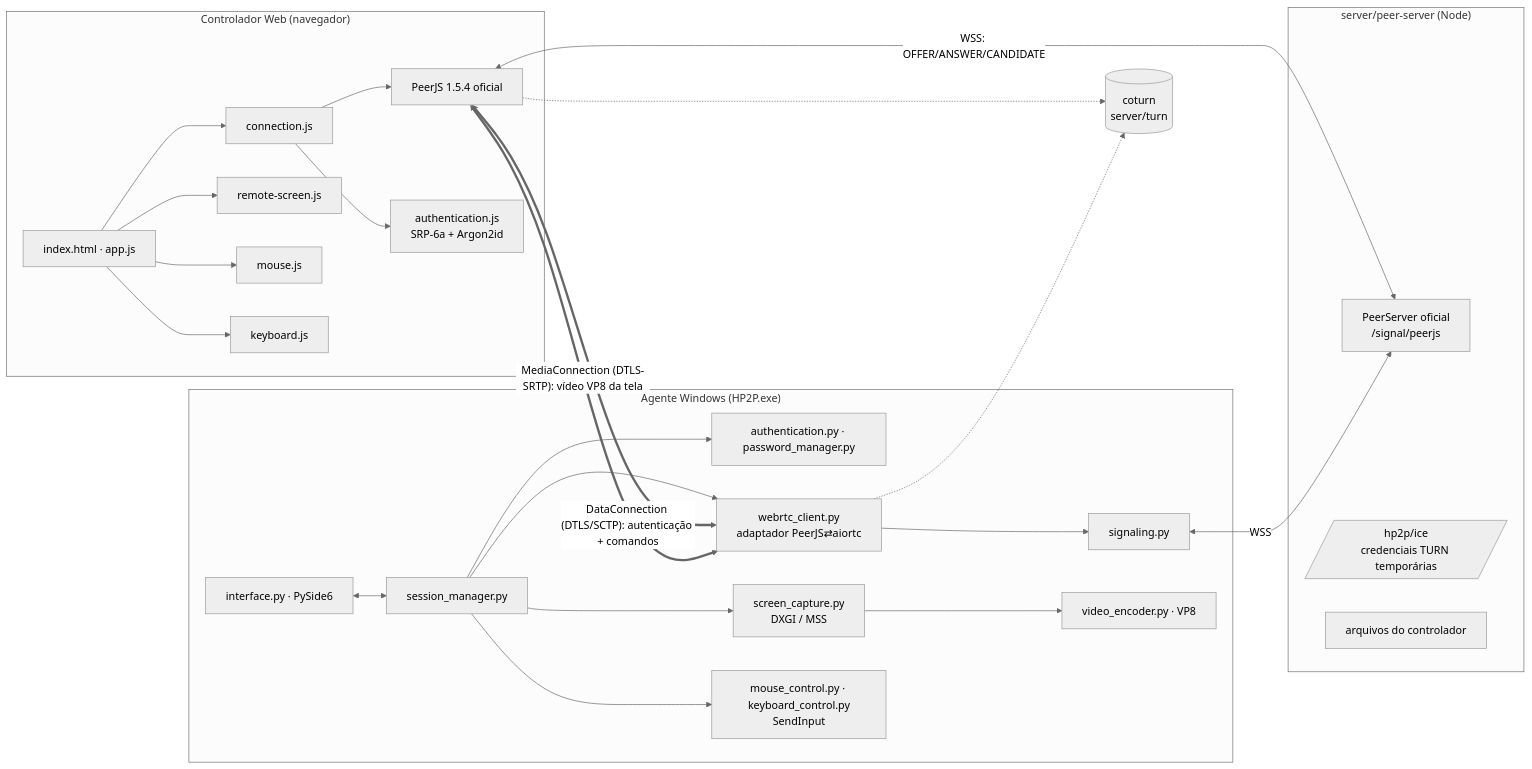
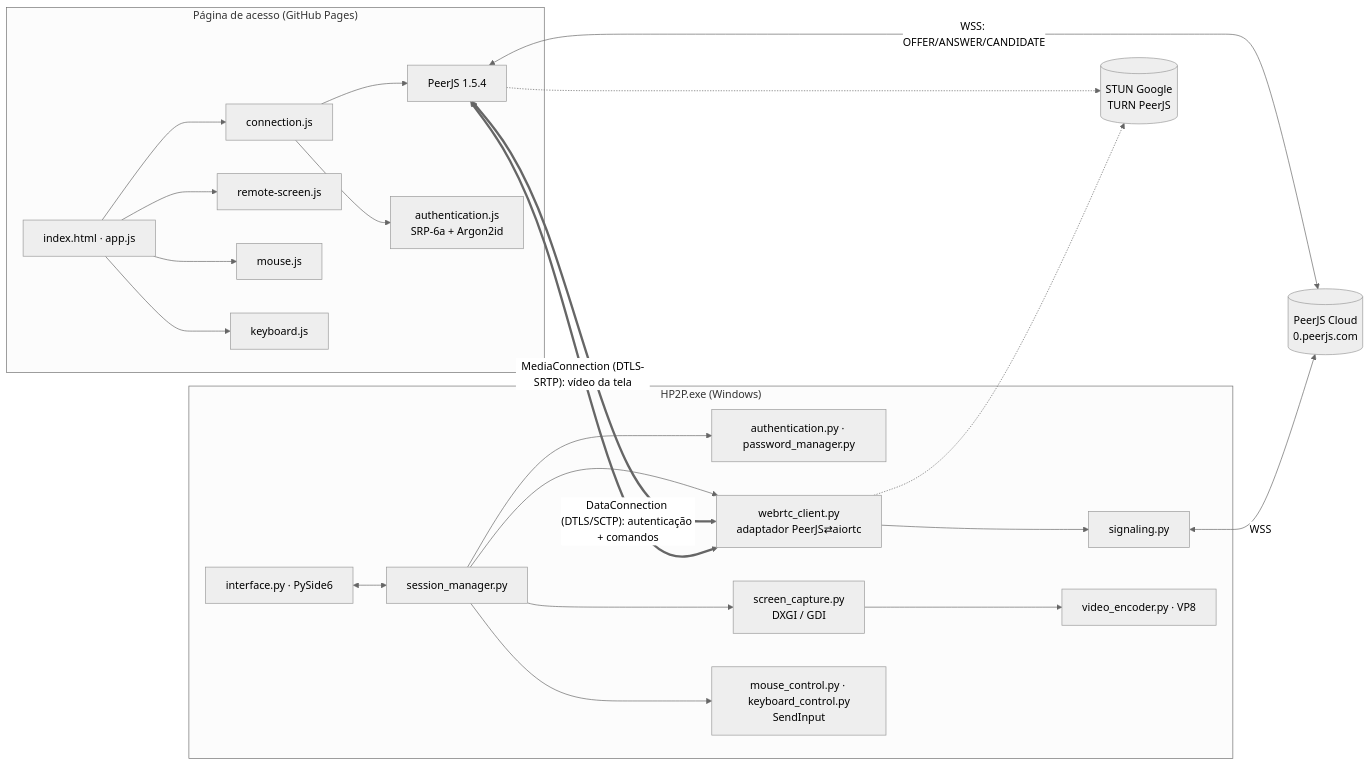
One commit to hebertwng/hp2p changed the diagram in docs/architecture.md. Above: the diagram before and after it, drawn with Mermaid (neutral theme). The commit also changed other lines of this file and 31 other files, not shown here.

````diff
--- a/docs/architecture.md
+++ b/docs/architecture.md
@@ -5,28 +5,24 @@
 ```mermaid
 flowchart LR
-  subgraph Web["Controlador Web (navegador)"]
+  subgraph Web["Página de acesso (GitHub Pages)"]
     UI[index.html · app.js] --> SES[connection.js]
-    SES --> PJS[PeerJS 1.5.4 oficial]
+    SES --> PJS[PeerJS 1.5.4]
     SES --> AUTH[authentication.js<br/>SRP-6a + Argon2id]
     UI --> RS[remote-screen.js] & MS[mouse.js] & KB[keyboard.js]
   end
-  subgraph Srv["server/peer-server (Node)"]
-    PS[PeerServer oficial<br/>/signal/peerjs]
-    ICE[/hp2p/ice<br/>credenciais TURN temporárias/]
-    ST[arquivos do controlador]
-  end
-  TURN[(coturn<br/>server/turn)]
-  subgraph Agent["Agente Windows (HP2P.exe)"]
+  CLOUD[(PeerJS Cloud<br/>0.peerjs.com)]
+  TURN[(STUN Google<br/>TURN PeerJS)]
+  subgraph Agent["HP2P.exe (Windows)"]
     GUI[interface.py · PySide6] <--> SM[session_manager.py]
     SM --> AU[authentication.py · password_manager.py]
     SM --> WR[webrtc_client.py<br/>adaptador PeerJS⇄aiortc] --> SG[signaling.py]
-    SM --> CAP[screen_capture.py<br/>DXGI / MSS] --> VE[video_encoder.py · VP8]
+    SM --> CAP[screen_capture.py<br/>DXGI / GDI] --> VE[video_encoder.py · VP8]
     SM --> IN[mouse_control.py · keyboard_control.py<br/>SendInput]
   end
-  PJS <-- "WSS: OFFER/ANSWER/CANDIDATE" --> PS
-  SG <-- "WSS" --> PS
+  PJS <-- "WSS: OFFER/ANSWER/CANDIDATE" --> CLOUD
+  SG <-- "WSS" --> CLOUD
   PJS <== "DataConnection (DTLS/SCTP): autenticação + comandos" ==> WR
-  PJS <== "MediaConnection (DTLS-SRTP): vídeo VP8 da tela" ==> WR
+  PJS <== "MediaConnection (DTLS-SRTP): vídeo da tela" ==> WR
   PJS -.-> TURN
   WR -.-> TURN
 ```
````
